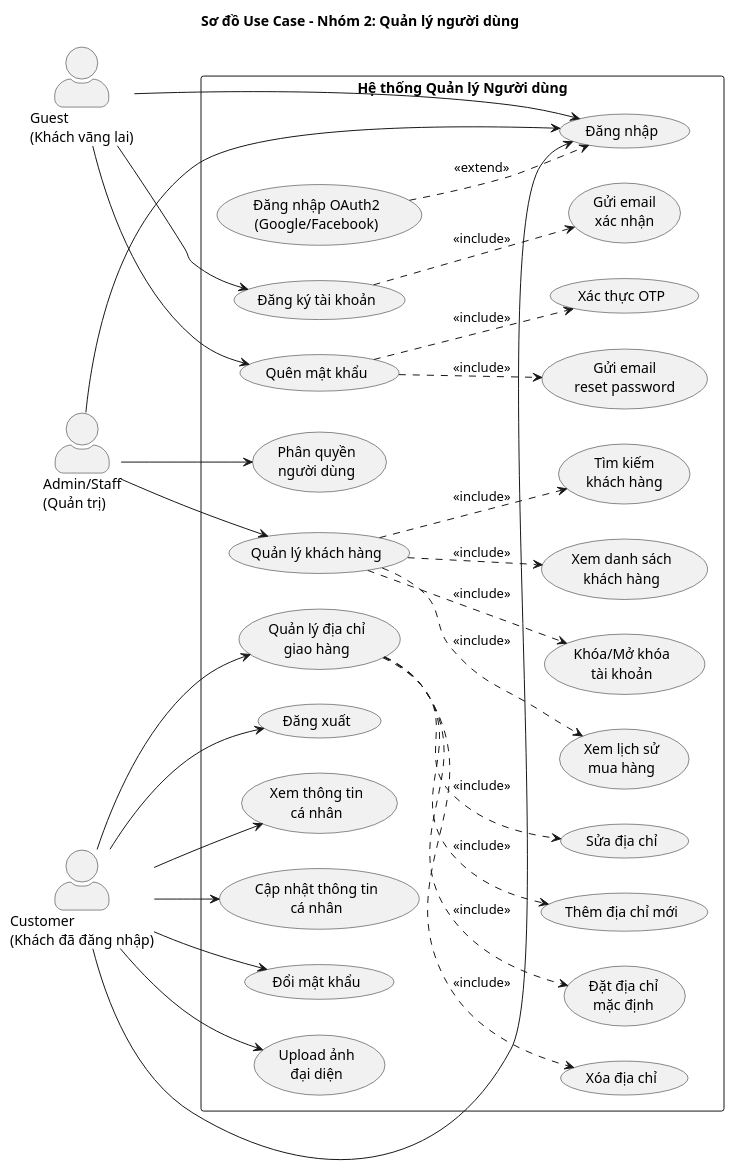
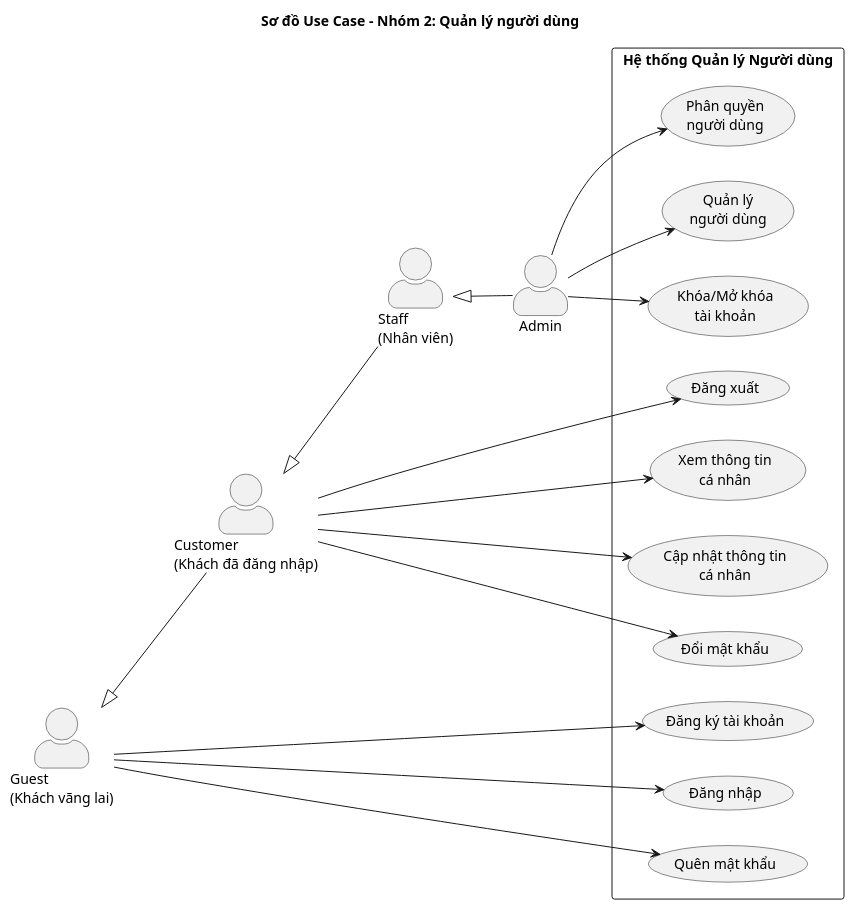
The diagram in usecases/02_QuanLyNguoiDung.puml (sangtm2612/DATN-BaoCao), drawn with PlantUML before and after one commit. The commit also changed 8 other files, not shown here.

```diff
--- a/usecases/02_QuanLyNguoiDung.puml
+++ b/usecases/02_QuanLyNguoiDung.puml
@@ -1,84 +1,54 @@
 @startuml 02_QuanLyNguoiDung
 skinparam actorStyle awesome
 skinparam packageStyle rectangle
 
 title Sơ đồ Use Case - Nhóm 2: Quản lý người dùng
 
 left to right direction
 
 actor "Guest\n(Khách vãng lai)" as guest
 actor "Customer\n(Khách đã đăng nhập)" as customer
-actor "Admin/Staff\n(Quản trị)" as admin
+actor "Staff\n(Nhân viên)" as staff
+actor "Admin" as admin
+
+' Quan hệ kế thừa
+guest <|-- customer
+customer <|-- staff
+staff <|-- admin
 
 package "Hệ thống Quản lý Người dùng" {
     
-    ' Authentication
+    ' Authentication - Guest
     usecase "Đăng ký tài khoản" as UC201
     usecase "Đăng nhập" as UC202
+    usecase "Quên mật khẩu" as UC204
+    
+    ' Profile Management - Customer
     usecase "Đăng xuất" as UC203
-    usecase "Quên mật khẩu" as UC204
-    usecase "Xác thực OTP" as UC205
-    usecase "Đăng nhập OAuth2\n(Google/Facebook)" as UC206
-    
-    ' Profile Management
     usecase "Xem thông tin\ncá nhân" as UC207
     usecase "Cập nhật thông tin\ncá nhân" as UC208
     usecase "Đổi mật khẩu" as UC209
-    usecase "Upload ảnh\nđại diện" as UC210
-    
-    ' Address Management
-    usecase "Quản lý địa chỉ\ngiao hàng" as UC211
-    usecase "Thêm địa chỉ mới" as UC212
-    usecase "Sửa địa chỉ" as UC213
-    usecase "Xóa địa chỉ" as UC214
-    usecase "Đặt địa chỉ\nmặc định" as UC215
     
     ' Admin - User Management
-    usecase "Quản lý khách hàng" as UC216
-    usecase "Xem danh sách\nkhách hàng" as UC217
-    usecase "Tìm kiếm\nkhách hàng" as UC218
-    usecase "Xem lịch sử\nmua hàng" as UC219
+    usecase "Quản lý\nngười dùng" as UC216
     usecase "Khóa/Mở khóa\ntài khoản" as UC220
     usecase "Phân quyền\nngười dùng" as UC221
-    
-    ' Email Services
-    usecase "Gửi email\nxác nhận" as UC222
-    usecase "Gửi email\nreset password" as UC223
 }
 
 ' Guest relationships
 guest --> UC201
 guest --> UC202
 guest --> UC204
 
-' Customer relationships
-customer --> UC202
+' Customer relationships - kế thừa từ Guest
 customer --> UC203
 customer --> UC207
 customer --> UC208
 customer --> UC209
-customer --> UC210
-customer --> UC211
 
-' Admin relationships
-admin --> UC202
+' Admin relationships - quản lý người dùng
 admin --> UC216
+admin --> UC220
 admin --> UC221
 
-' Extend & Include relationships
-UC201 ..> UC222 : <<include>>
-UC204 ..> UC205 : <<include>>
-UC204 ..> UC223 : <<include>>
-UC206 ..> UC202 : <<extend>>
-
-UC211 ..> UC212 : <<include>>
-UC211 ..> UC213 : <<include>>
-UC211 ..> UC214 : <<include>>
-UC211 ..> UC215 : <<include>>
-
-UC216 ..> UC217 : <<include>>
-UC216 ..> UC218 : <<include>>
-UC216 ..> UC219 : <<include>>
-UC216 ..> UC220 : <<include>>
-
 @enduml
```
